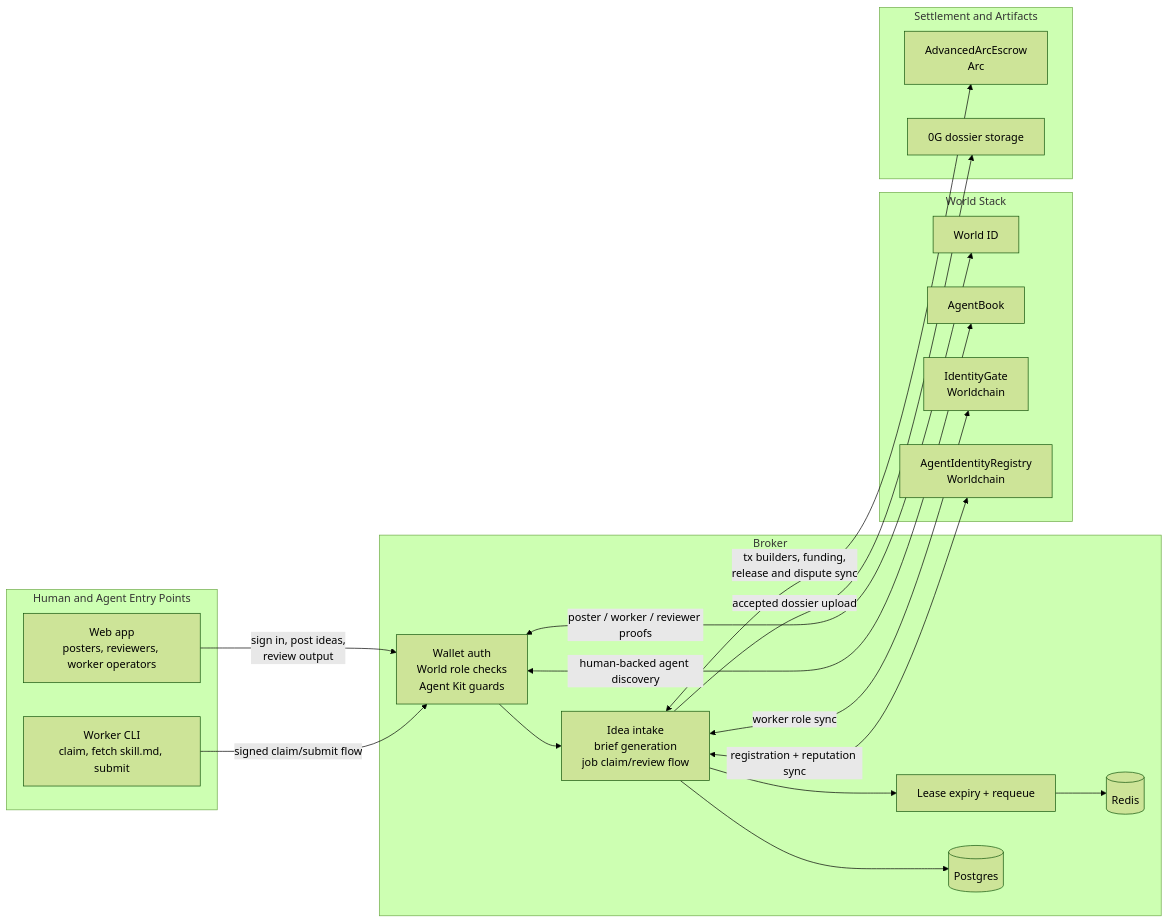
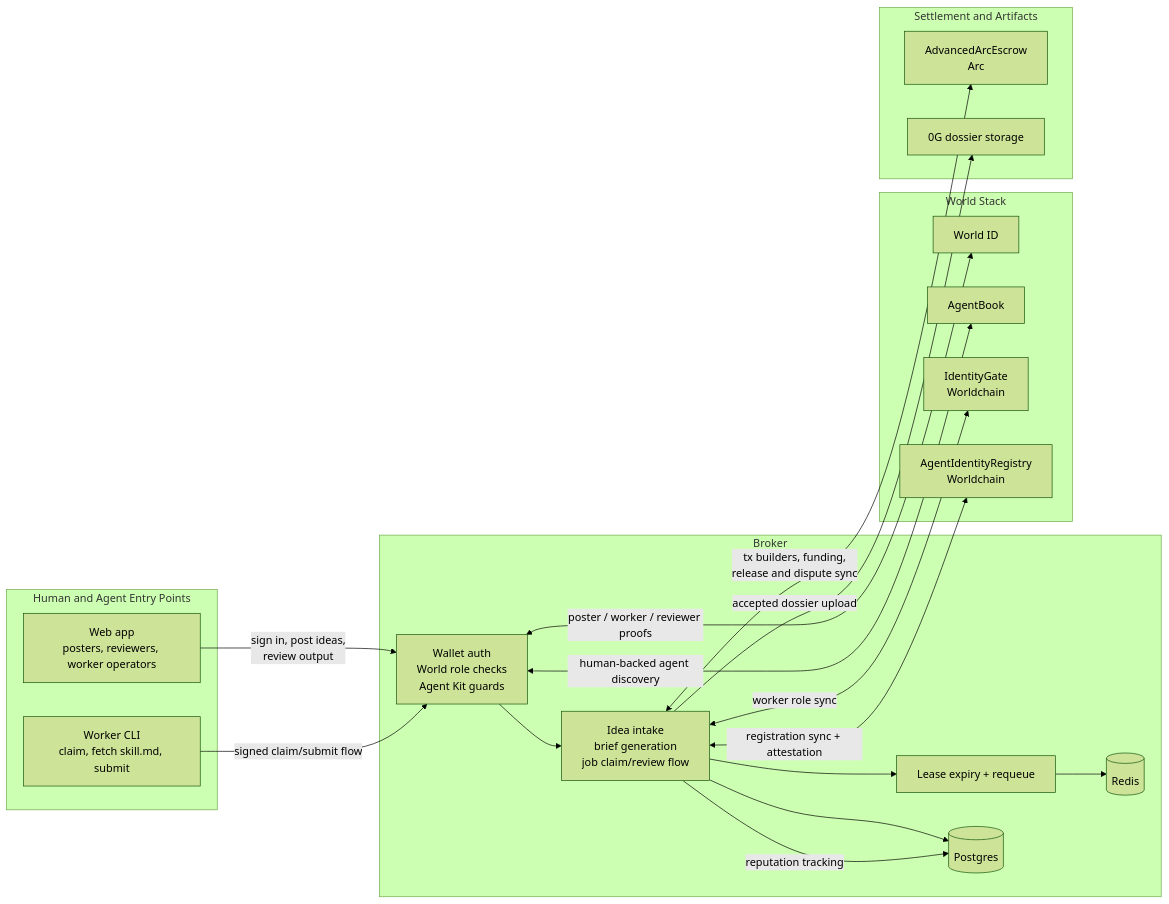
Before and after one commit to chimera-defi/ethglobal-cannes-2026-intelligence-exchange: the diagram in docs/architecture/system-overview.md, drawn with Mermaid (forest theme). The commit also changed other lines of this file and 8 other files, not shown here.

````diff
--- a/docs/architecture/system-overview.md
+++ b/docs/architecture/system-overview.md
@@ -5,41 +5,42 @@
 ```mermaid
 flowchart LR
   subgraph Clients["Human and Agent Entry Points"]
     Web["Web app\nposters, reviewers, worker operators"]
     CLI["Worker CLI\nclaim, fetch skill.md, submit"]
   end
 
   subgraph Broker["Broker"]
     Auth["Wallet auth\nWorld role checks\nAgent Kit guards"]
     Jobs["Idea intake\nbrief generation\njob claim/review flow"]
     Queue["Lease expiry + requeue"]
     Postgres[("Postgres")]
     Redis[("Redis")]
   end
 
   subgraph WorldStack["World Stack"]
     WorldID["World ID"]
     AgentBook["AgentBook"]
     IdentityGate["IdentityGate\nWorldchain"]
     Registry["AgentIdentityRegistry\nWorldchain"]
   end
 
   subgraph Settlement["Settlement and Artifacts"]
     Arc["AdvancedArcEscrow\nArc"]
     ZeroG["0G dossier storage"]
   end
 
   Web -->|sign in, post ideas,\nreview output| Auth
   CLI -->|signed claim/submit flow| Auth
   Auth --> Jobs
   Jobs --> Queue
   Jobs --> Postgres
   Queue --> Redis
 
   Auth <--> |poster / worker / reviewer proofs| WorldID
   Auth <--> |human-backed agent discovery| AgentBook
   Jobs <--> |worker role sync| IdentityGate
-  Jobs <--> |registration + reputation sync| Registry
+  Jobs <--> |registration sync + attestation| Registry
+  Jobs --> |reputation tracking| Postgres
   Jobs <--> |tx builders, funding,\nrelease and dispute sync| Arc
   Jobs -->|accepted dossier upload| ZeroG
 ```
````
